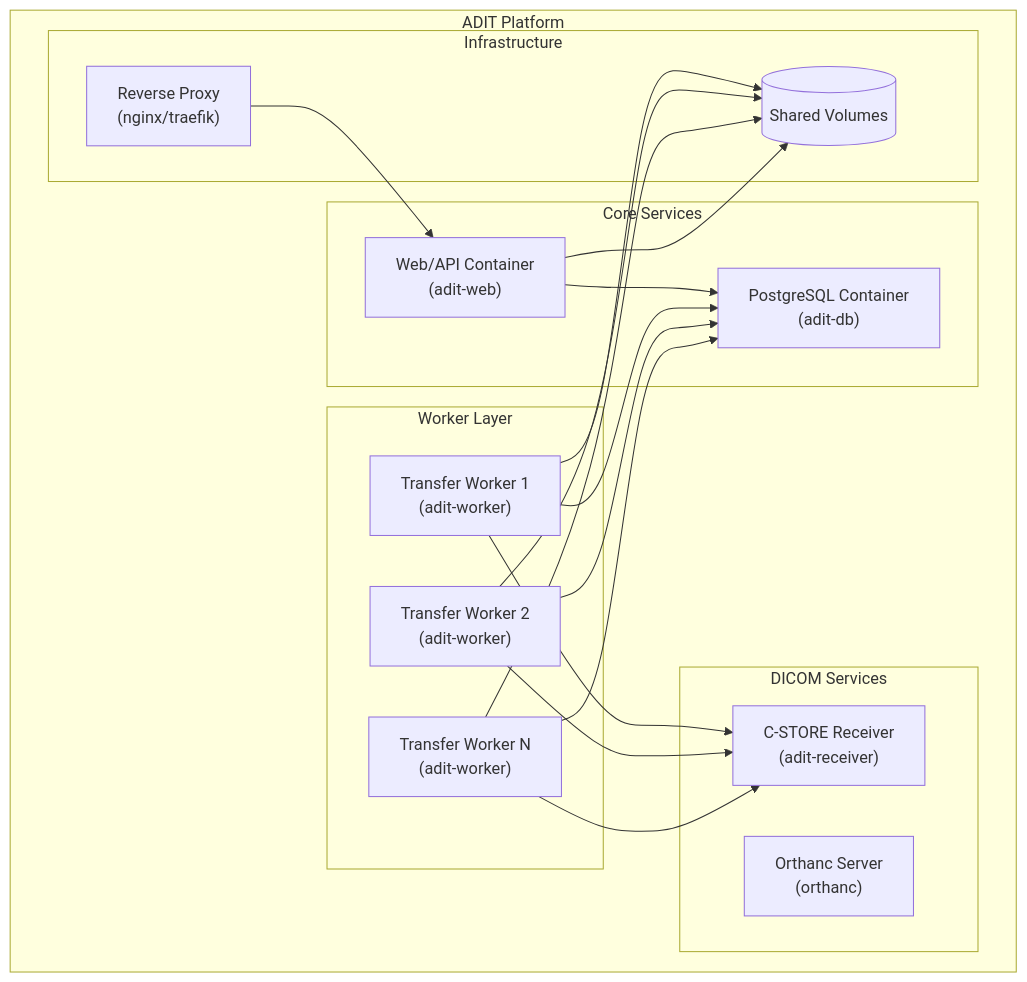
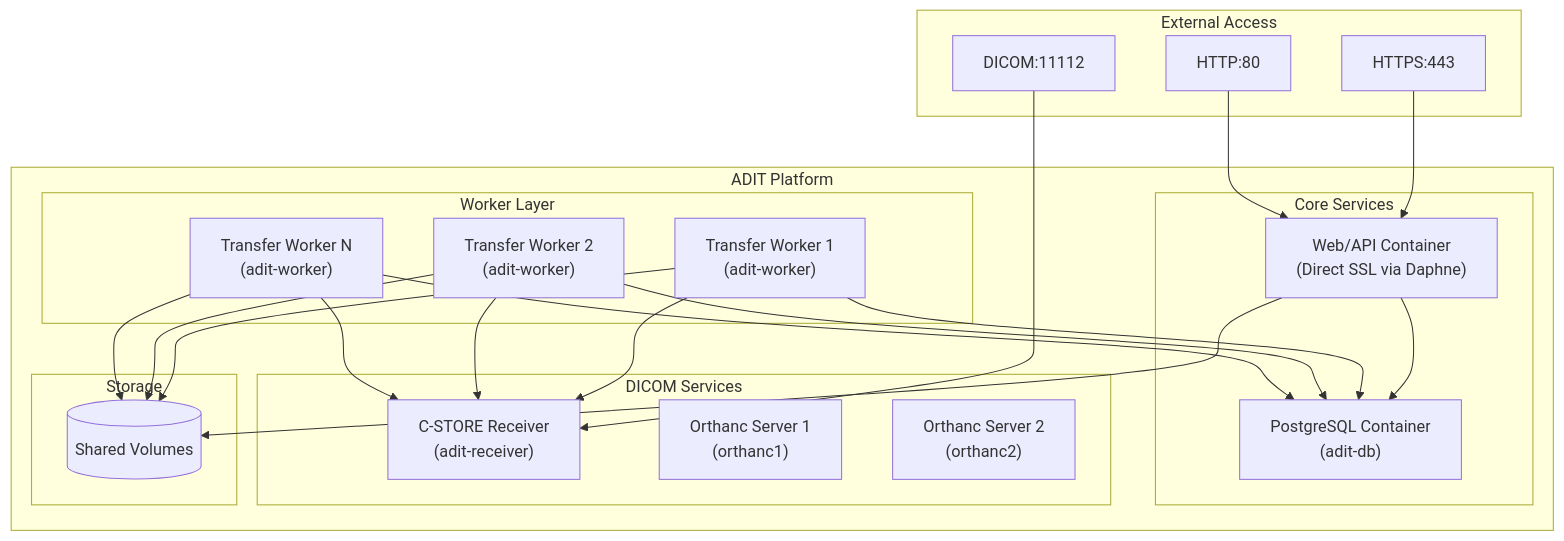
Before and after one commit to openradx/adit: the third of 3 diagrams in docs/dev-docs/architecture.md, drawn with Mermaid. The commit also changed other lines of this file and 1 other file, not shown here.

````diff
--- a/docs/dev-docs/architecture.md
+++ b/docs/dev-docs/architecture.md
@@ -385,38 +303,47 @@
 ```mermaid
 flowchart TB
     subgraph "ADIT Platform"
         subgraph "Core Services"
-            WEB["Web/API Container<br/>(adit-web)"]
+            WEB["Web/API Container<br/>(Direct SSL via Daphne)"]
             DB["PostgreSQL Container<br/>(adit-db)"]
         end
 
         subgraph "Worker Layer"
             W1["Transfer Worker 1<br/>(adit-worker)"]
             W2["Transfer Worker 2<br/>(adit-worker)"]
             WN["Transfer Worker N<br/>(adit-worker)"]
         end
 
         subgraph "DICOM Services"
             REC["C-STORE Receiver<br/>(adit-receiver)"]
-            ORTH["Orthanc Server<br/>(orthanc)"]
+            ORTH1["Orthanc Server 1<br/>(orthanc1)"]
+            ORTH2["Orthanc Server 2<br/>(orthanc2)"]
         end
 
-        subgraph "Infrastructure"
-            REV["Reverse Proxy<br/>(nginx/traefik)"]
+        subgraph "Storage"
             VOL[("Shared Volumes")]
         end
     end
+
+    subgraph "External Access"
+        HTTPS["HTTPS:443"]
+        HTTP["HTTP:80"]
+        DICOM_PORT["DICOM:11112"]
+    end
+
+    HTTPS --> WEB
+    HTTP --> WEB
+    DICOM_PORT --> REC
 
     WEB --> DB
     W1 --> DB
     W2 --> DB
     WN --> DB
     W1 --> REC
     W2 --> REC
     WN --> REC
-    REV --> WEB
     WEB --> VOL
     W1 --> VOL
     W2 --> VOL
     WN --> VOL
 ```
````
